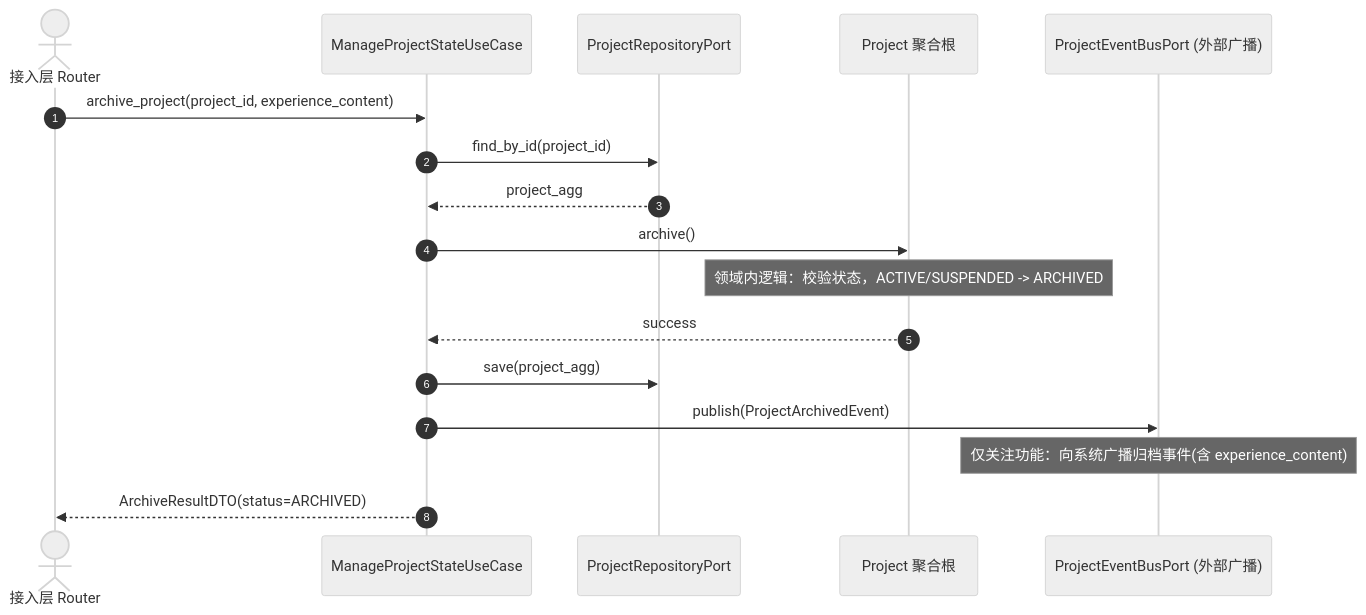
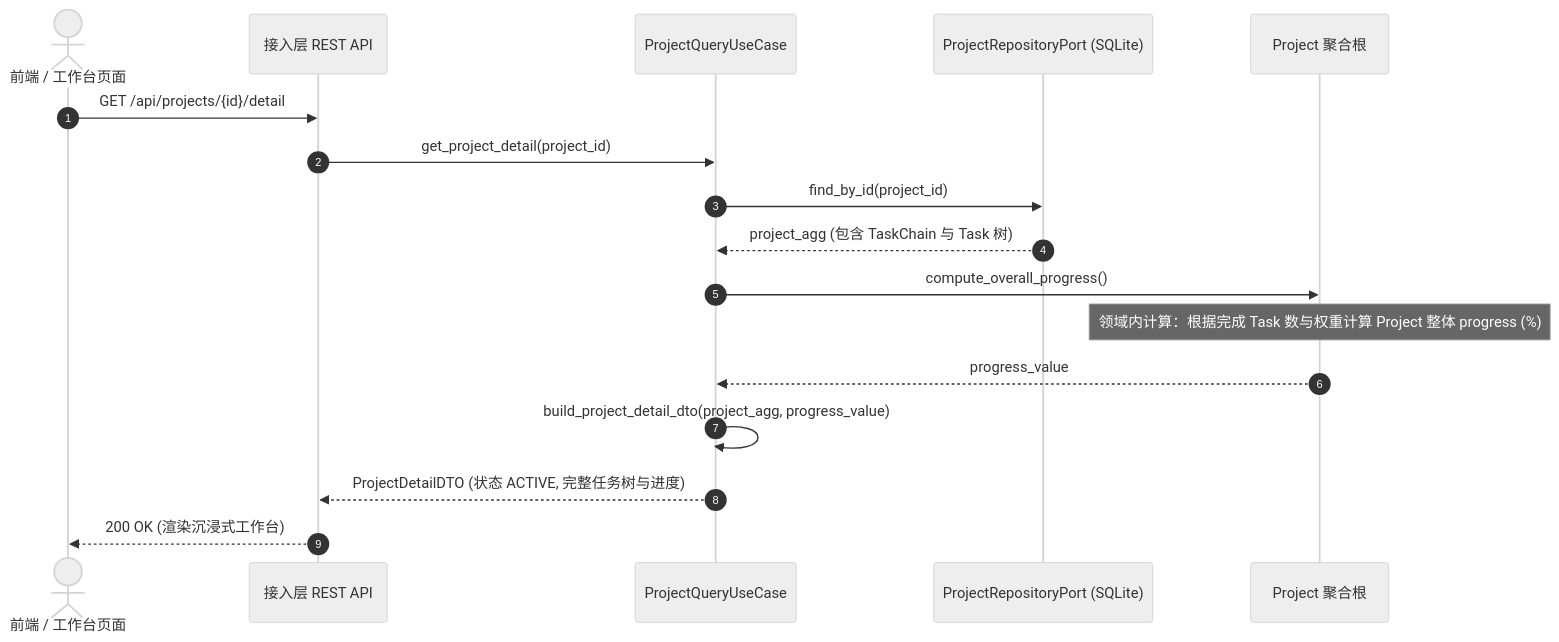
Before and after one commit to shanglihong/i-have-a-plan: the fifth of 6 diagrams in docs/10_backend_implementation_plan/project/project_backend_design_spec_v1.0.md, drawn with Mermaid (neutral theme). The commit also changed other lines of this file and 1 other file, not shown here.

````diff
--- a/docs/10_backend_implementation_plan/project/project_backend_design_spec_v1.0.md
+++ b/docs/10_backend_implementation_plan/project/project_backend_design_spec_v1.0.md
@@ -260,24 +296,22 @@
 ```mermaid
 sequenceDiagram
     autonumber
-    actor Caller as 接入层 Router
-    participant UC as ManageProjectStateUseCase
-    participant Repo as ProjectRepositoryPort
+    actor Caller as 前端 / 工作台页面
+    participant REST as 接入层 REST API
+    participant QueryUC as ProjectQueryUseCase
+    participant Repo as ProjectRepositoryPort (SQLite)
     participant Agg as Project 聚合根
-    participant EventPort as ProjectEventBusPort (外部广播)
 
-    Caller->>UC: archive_project(project_id, experience_content)
-    UC->>Repo: find_by_id(project_id)
-    Repo-->>UC: project_agg
-    
-    UC->>Agg: archive()
-    Note over Agg: 领域内逻辑：校验状态，ACTIVE/SUSPENDED -> ARCHIVED
-    Agg-->>UC: success
+    Caller->>REST: GET /api/projects/{id}/detail
+    REST->>QueryUC: get_project_detail(project_id)
+    QueryUC->>Repo: find_by_id(project_id)
+    Repo-->>QueryUC: project_agg (包含 TaskChain 与 Task 树)
 
-    UC->>Repo: save(project_agg)
-    
-    UC->>EventPort: publish(ProjectArchivedEvent)
-    Note over EventPort: 仅关注功能：向系统广播归档事件(含 experience_content)
-    
-    UC-->>Caller: ArchiveResultDTO(status=ARCHIVED)
+    QueryUC->>Agg: compute_overall_progress()
+    Note over Agg: 领域内计算：根据完成 Task 数与权重计算 Project 整体 progress (%)
+    Agg-->>QueryUC: progress_value
+
+    QueryUC->>QueryUC: build_project_detail_dto(project_agg, progress_value)
+    QueryUC-->>REST: ProjectDetailDTO (状态 ACTIVE, 完整任务树与进度)
+    REST-->>Caller: 200 OK (渲染沉浸式工作台)
 ```
````
